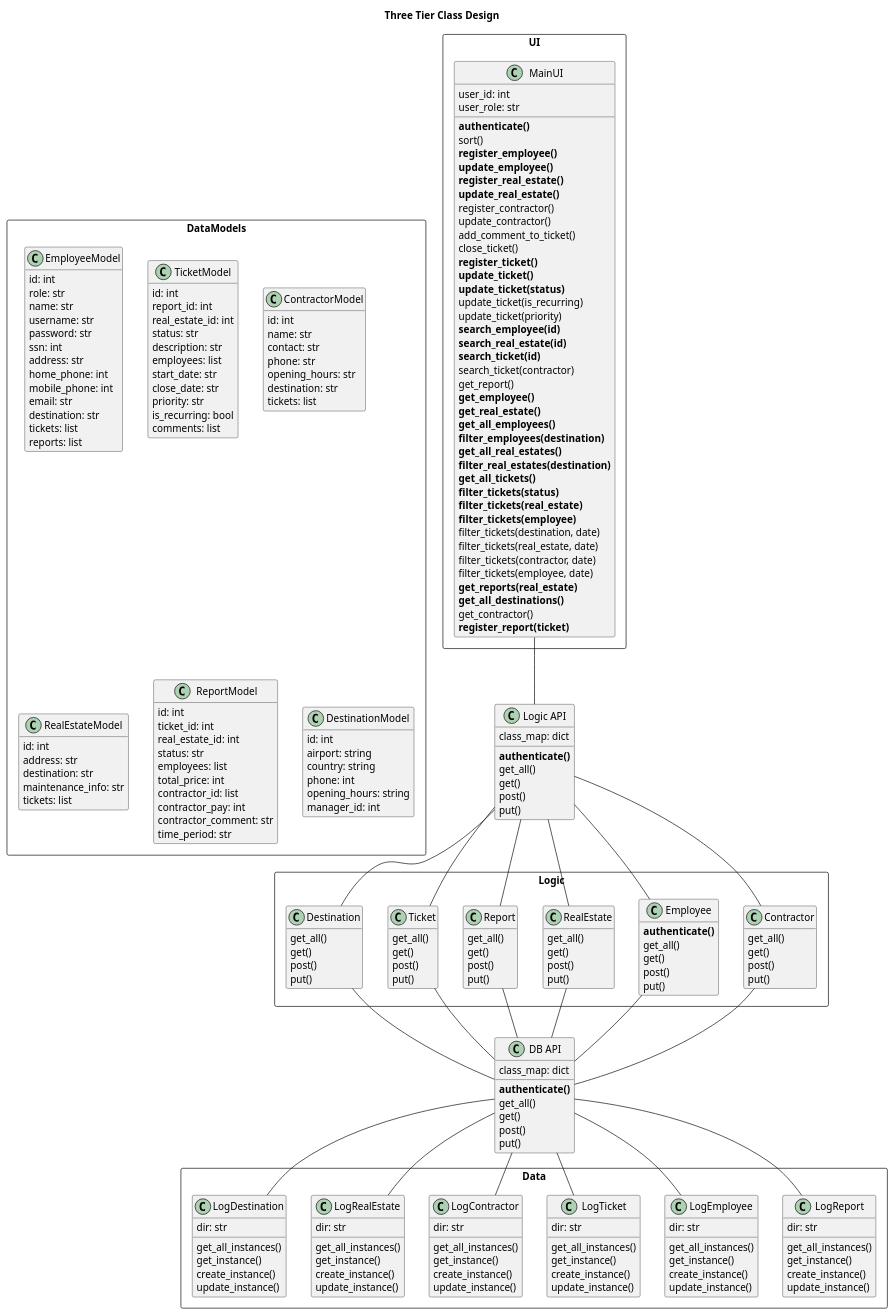
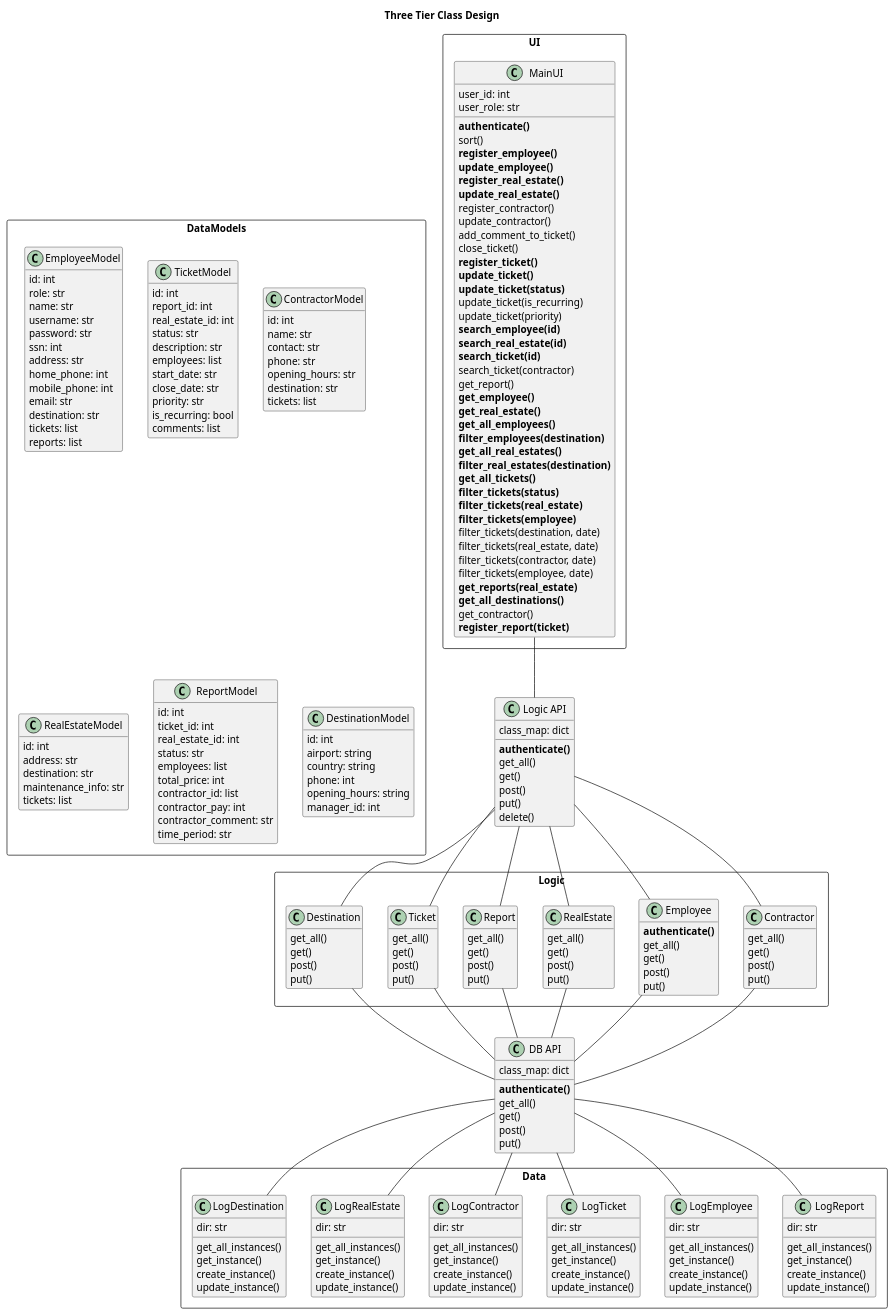
Before and after one commit to unnar19/pepsi-max: the diagram in design/class_diagrams/three_tier_II.puml, drawn with PlantUML.

Commit message:
work on diagrams

```diff
--- a/design/class_diagrams/three_tier_II.puml
+++ b/design/class_diagrams/three_tier_II.puml
@@ -70,6 +70,7 @@
     get()
     post()
     put()
+    delete()
 }
 
 
```
